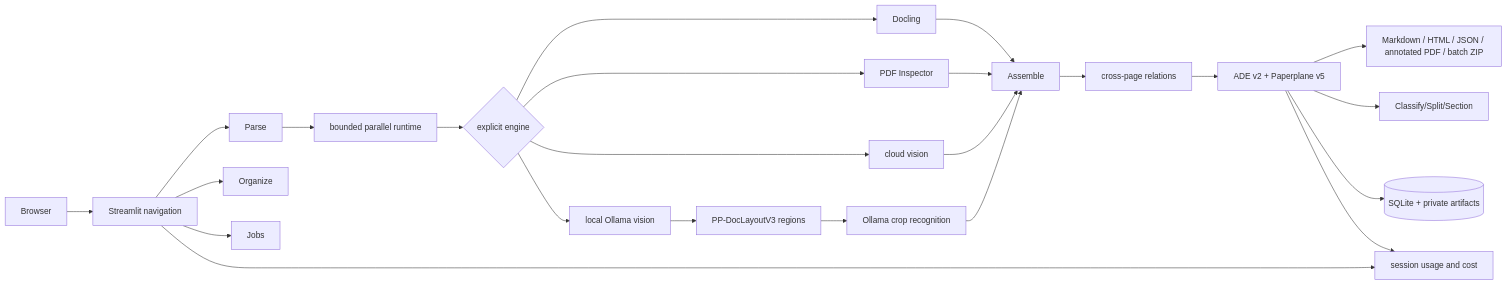
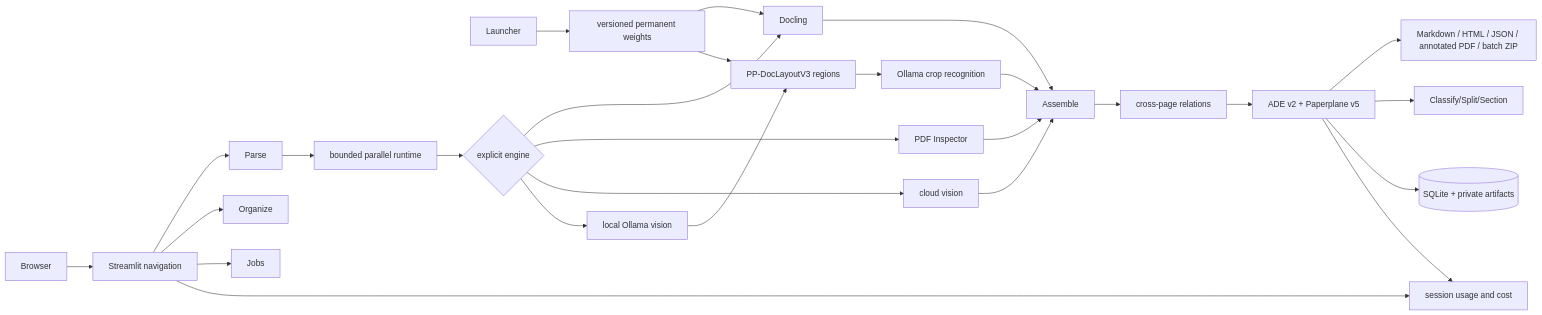
The diagram in docs/ARCHITECTURE.md (pypi-ahmad/Agentic-Document-Extraction), drawn with Mermaid before and after one commit. The commit also changed other lines of this file and 12 other files, not shown here.

Commit message:
docs: synchronize guides with permanent model storage

````diff
--- a/docs/ARCHITECTURE.md
+++ b/docs/ARCHITECTURE.md
@@ -8,26 +8,29 @@
 ```mermaid
 flowchart LR
   Browser --> Navigation[Streamlit navigation]
+  Launcher --> ModelStore[versioned permanent weights]
+  ModelStore --> Docling
+  ModelStore --> Layout
   Navigation --> Parse
   Navigation --> Organize
   Navigation --> Jobs
   Navigation --> Cost[session usage and cost]
   Parse --> Runtime[bounded parallel runtime]
   Runtime --> Engines{explicit engine}
   Engines --> Docling
   Engines --> Inspector[PDF Inspector]
   Engines --> Cloud[cloud vision]
   Engines --> Ollama[local Ollama vision]
   Docling --> Assemble
   Inspector --> Assemble
   Cloud --> Assemble
   Ollama --> Layout[PP-DocLayoutV3 regions]
   Layout --> OllamaOCR[Ollama crop recognition]
   OllamaOCR --> Assemble
   Assemble --> Intelligence[cross-page relations]
   Intelligence --> Contracts[ADE v2 + Paperplane v5]
   Contracts --> Outputs[Markdown / HTML / JSON / annotated PDF / batch ZIP]
   Contracts --> Workflows[Classify/Split/Section]
   Contracts --> Store[(SQLite + private artifacts)]
   Contracts --> Cost
 ```
````
